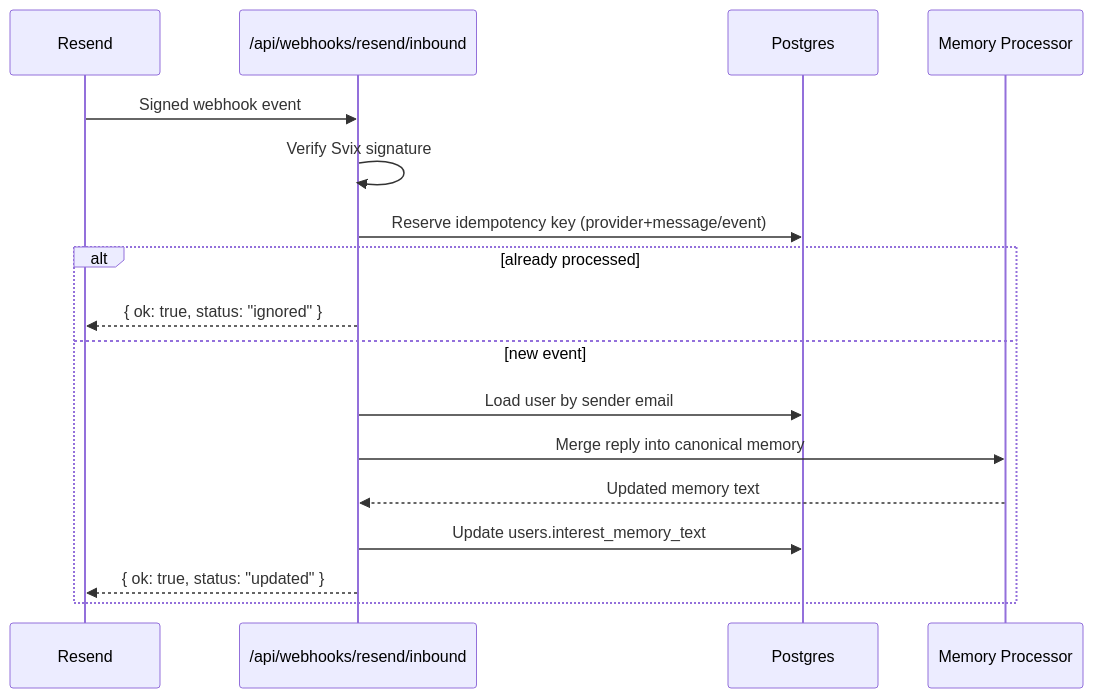
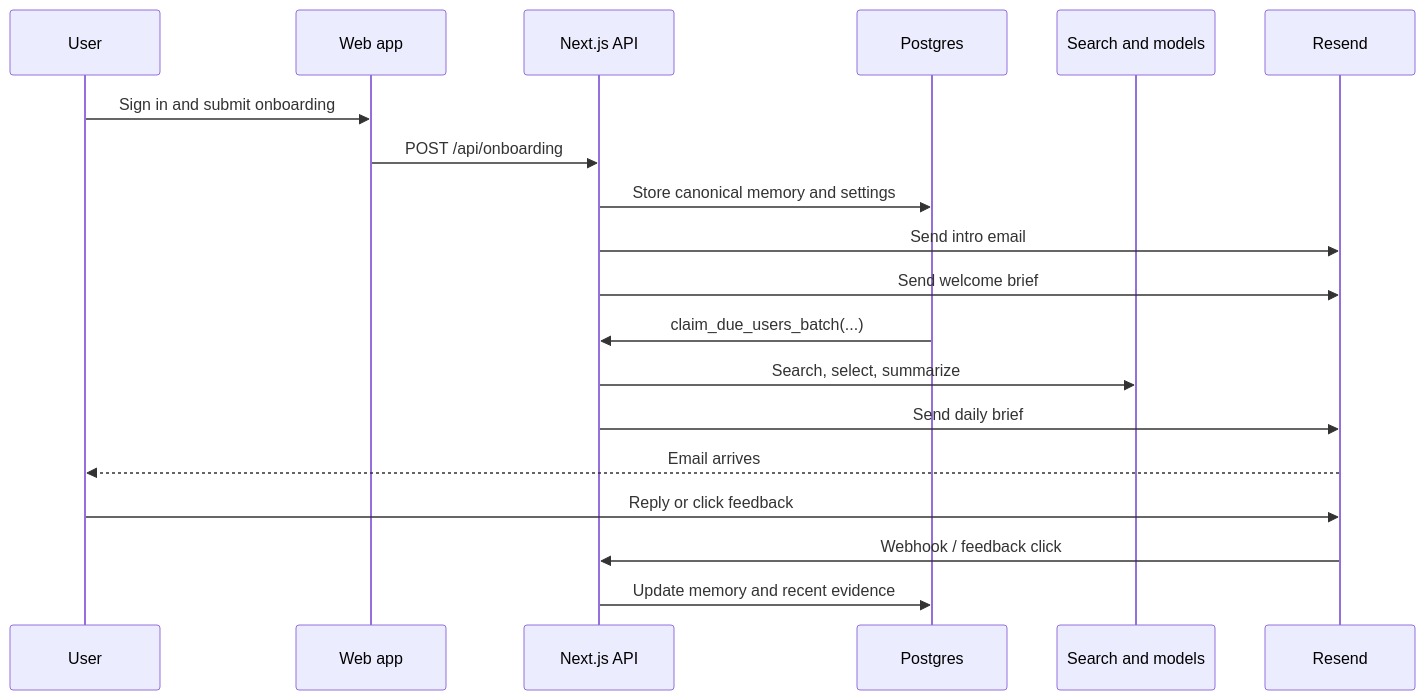
One commit to coder-2011/no-circles changed the third of 3 diagrams in README.md. Above: the diagram before and after it, drawn with Mermaid. The commit also changed other lines of this file, not shown here.

````diff
--- a/README.md
+++ b/README.md
@@ -73,20 +321,24 @@
 ```mermaid
 sequenceDiagram
+    participant U as User
+    participant W as Web app
+    participant N as Next.js API
+    participant P as Postgres
+    participant S as Search and models
     participant R as Resend
-    participant A as /api/webhooks/resend/inbound
-    participant D as Postgres
-    participant M as Memory Processor
 
-    R->>A: Signed webhook event
-    A->>A: Verify Svix signature
-    A->>D: Reserve idempotency key (provider+message/event)
-    alt already processed
-        A-->>R: { ok: true, status: "ignored" }
-    else new event
-        A->>D: Load user by sender email
-        A->>M: Merge reply into canonical memory
-        M-->>A: Updated memory text
-        A->>D: Update users.interest_memory_text
-        A-->>R: { ok: true, status: "updated" }
-    end
+    U->>W: Sign in and submit onboarding
+    W->>N: POST /api/onboarding
+    N->>P: Store canonical memory and settings
+    N->>R: Send intro email
+    N->>R: Send welcome brief
+
+    P->>N: claim_due_users_batch(...)
+    N->>S: Search, select, summarize
+    N->>R: Send daily brief
+    R-->>U: Email arrives
+
+    U->>R: Reply or click feedback
+    R->>N: Webhook / feedback click
+    N->>P: Update memory and recent evidence
 ```
````
